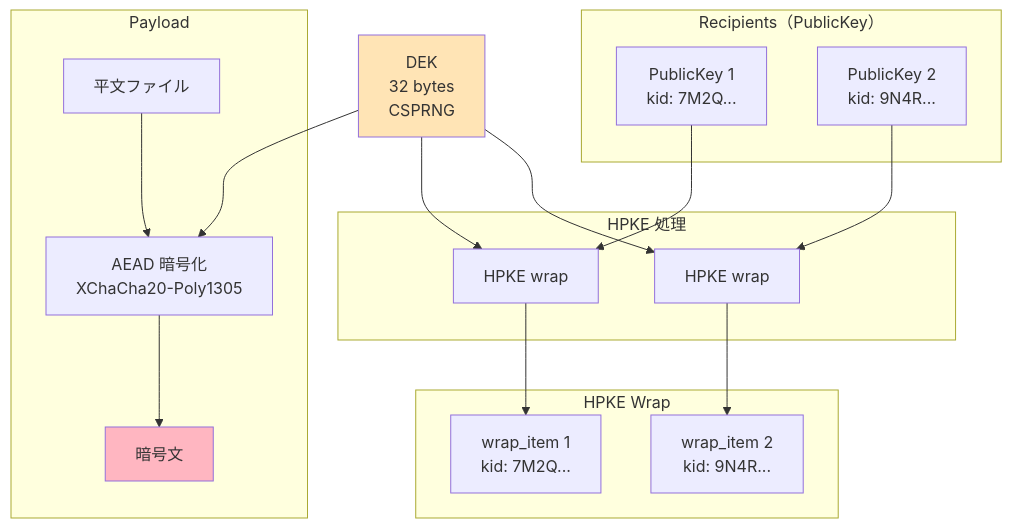
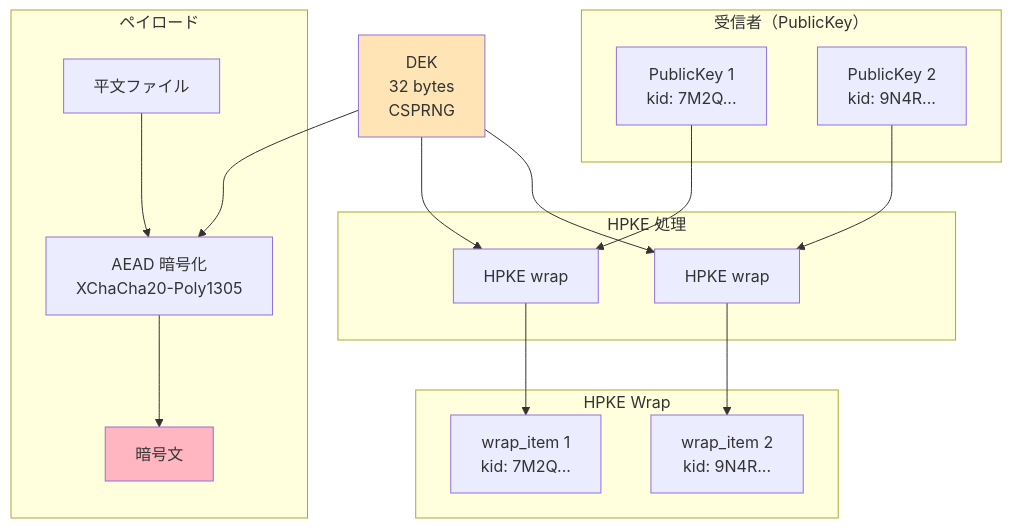
The third of 6 diagrams in guides/security_design_ja.md (ebisawa/kapsaro), drawn with Mermaid before and after one commit. The commit also changed other lines of this file and 121 other files, not shown here.

````diff
--- a/guides/security_design_ja.md
+++ b/guides/security_design_ja.md
@@ -854,38 +772,38 @@
 ```mermaid
 graph TB
-    subgraph recipients["Recipients（PublicKey）"]
+    subgraph recipients["受信者（PublicKey）"]
         PK1["PublicKey 1<br/>kid: 7M2Q..."]
         PK2["PublicKey 2<br/>kid: 9N4R..."]
     end
 
     subgraph hpke["HPKE 処理"]
         HPKE1[HPKE wrap]
         HPKE2[HPKE wrap]
     end
 
     subgraph wrap["HPKE Wrap"]
         W1["wrap_item 1<br/>kid: 7M2Q..."]
         W2["wrap_item 2<br/>kid: 9N4R..."]
     end
 
     DEK["DEK<br/>32 bytes<br/>CSPRNG"]
 
-    subgraph payload["Payload"]
+    subgraph payload["ペイロード"]
         PT["平文ファイル"]
         AEAD[AEAD 暗号化<br/>XChaCha20-Poly1305]
         CT["暗号文"]
     end
 
     PK1 --> HPKE1
     DEK --> HPKE1
     HPKE1 --> W1
     PK2 --> HPKE2
     DEK --> HPKE2
     HPKE2 --> W2
     DEK --> AEAD
     PT --> AEAD
     AEAD --> CT
 
     style DEK fill:#FFE4B5
     style CT fill:#FFB6C1
 ```
````
